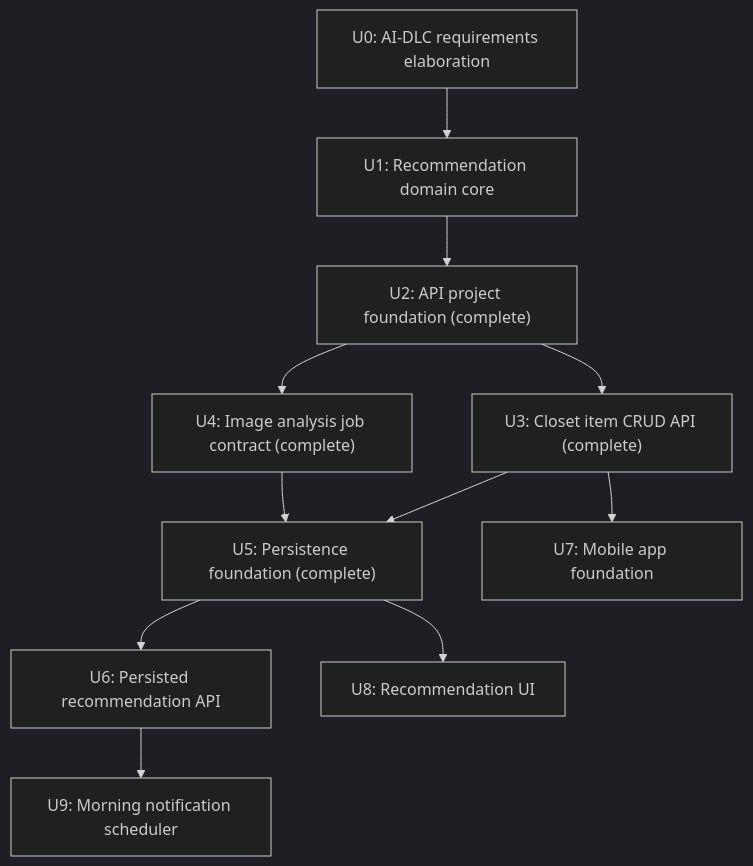
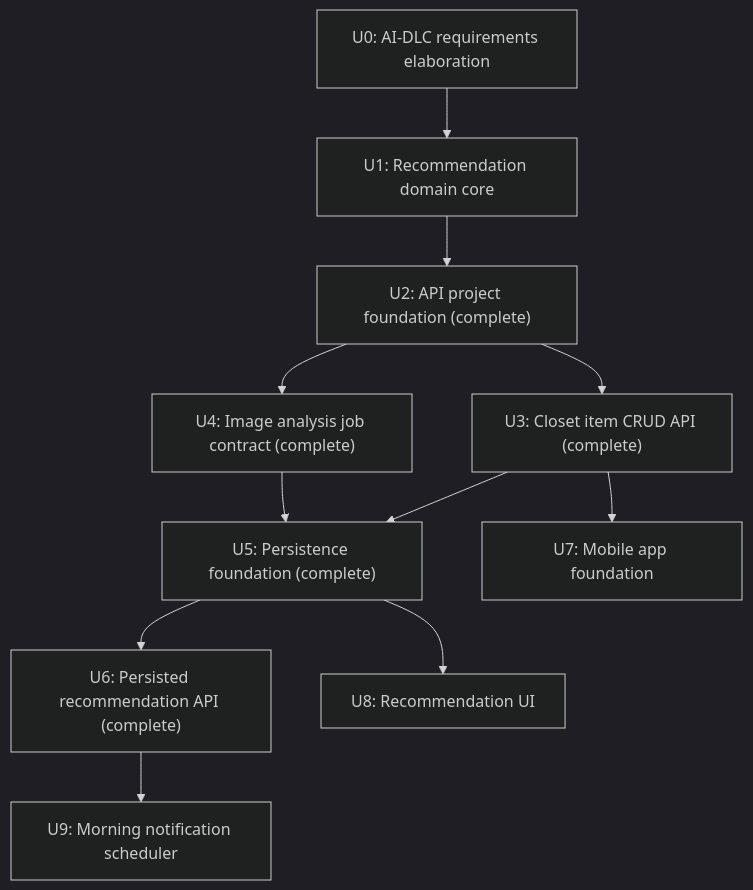
One commit to idealization/Fitlog changed the diagram in requirements/ai_dlc/00_intent.md. Above: the diagram before and after it, drawn with Mermaid (dark theme). The commit also changed other lines of this file and 15 other files, not shown here.

Commit message:
Add persisted recommendation API

````diff
--- a/requirements/ai_dlc/00_intent.md
+++ b/requirements/ai_dlc/00_intent.md
@@ -30,13 +30,13 @@
 ```mermaid
 flowchart TD
     U0["U0: AI-DLC requirements elaboration"] --> U1["U1: Recommendation domain core"]
     U1 --> U2["U2: API project foundation (complete)"]
     U2 --> U3["U3: Closet item CRUD API (complete)"]
     U2 --> U4["U4: Image analysis job contract (complete)"]
     U3 --> U5["U5: Persistence foundation (complete)"]
     U4 --> U5
-    U5 --> U6["U6: Persisted recommendation API"]
+    U5 --> U6["U6: Persisted recommendation API (complete)"]
     U6 --> U9["U9: Morning notification scheduler"]
     U3 --> U7["U7: Mobile app foundation"]
     U5 --> U8["U8: Recommendation UI"]
 ```
````
